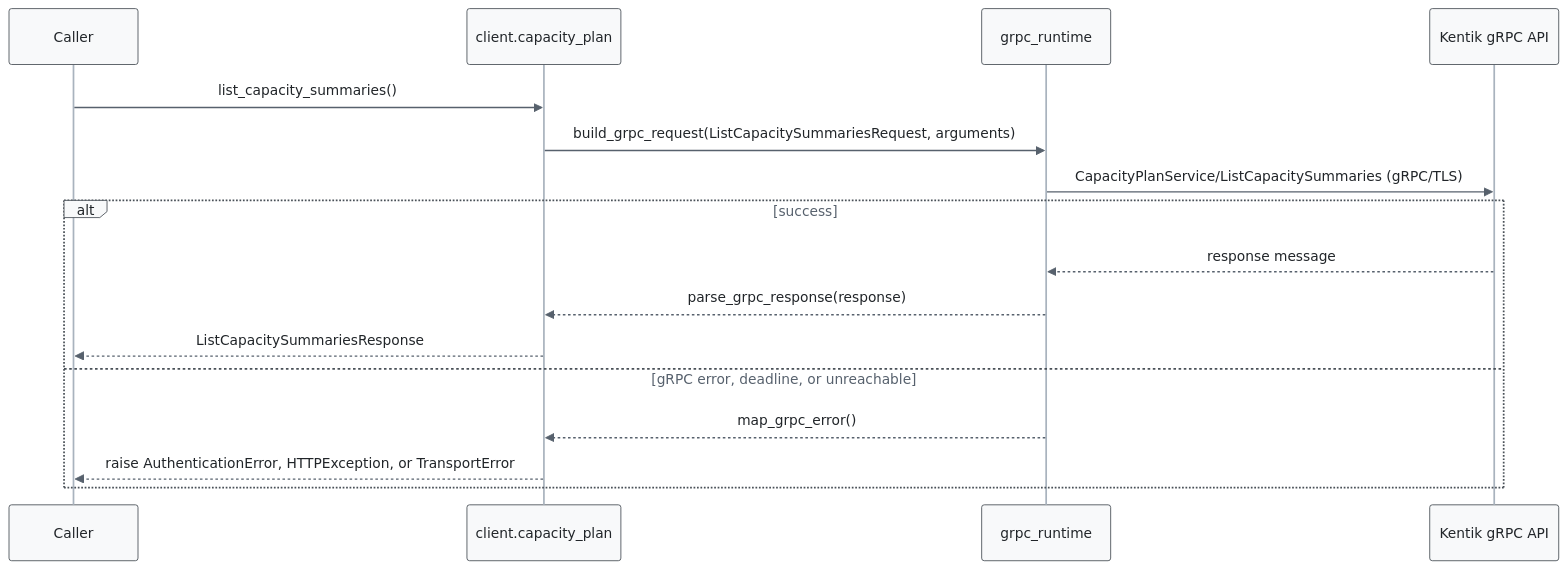
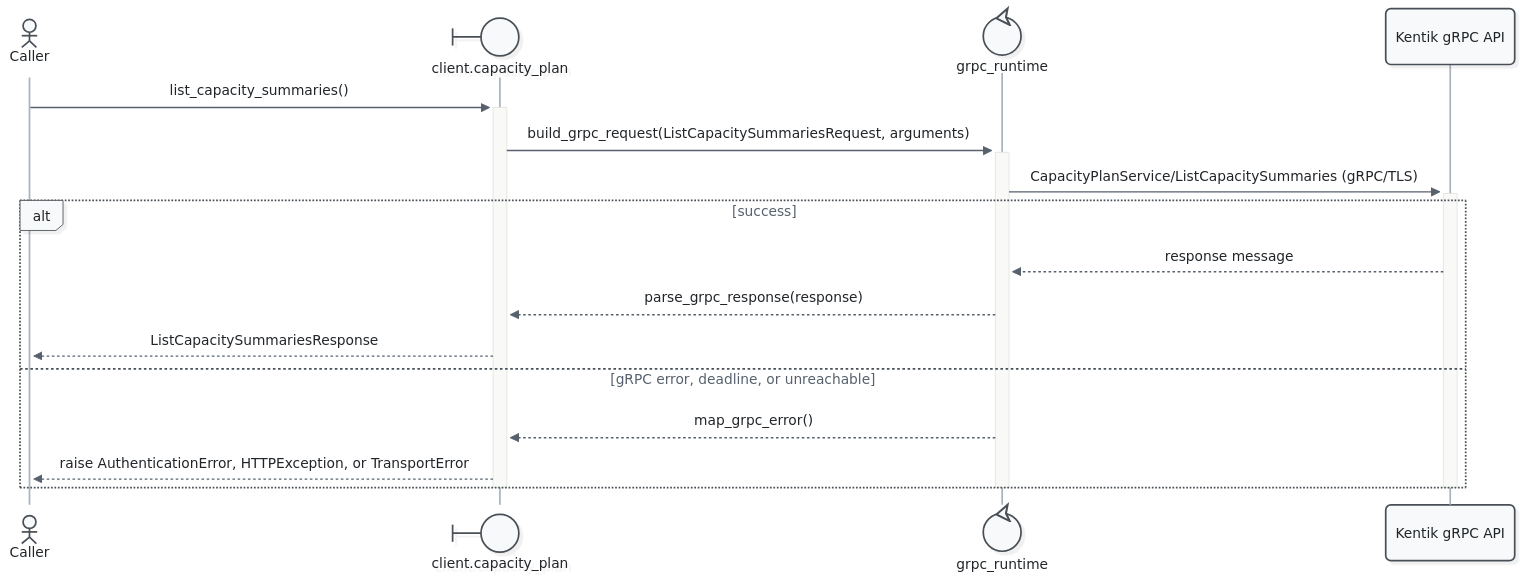
One commit to alexdearaujo/community_sdk_python changed the fourth of 9 diagrams in docs/sphinx/services/capacity_plan.md. Above: the diagram before and after it, drawn with Mermaid. The commit also changed other lines of this file and 52 other files, not shown here.

First line of the commit message:
docs: Mermaid 12 sequence diagrams with participant types and path colors

````diff
--- a/docs/sphinx/services/capacity_plan.md
+++ b/docs/sphinx/services/capacity_plan.md
@@ -125,20 +132,23 @@
 ```mermaid
-%%{init: {"theme": "base", "fontFamily": "ui-monospace, SFMono-Regular, Menlo, monospace", "themeVariables": {"fontFamily": "ui-monospace, SFMono-Regular, Menlo, monospace", "primaryColor": "#f8f9fa", "primaryBorderColor": "#495057", "primaryTextColor": "#212529", "textColor": "#212529", "lineColor": "#77818c", "edgeLabelBackground": "#ffffff", "actorBkg": "#f8f9fa", "actorBorder": "#495057", "actorTextColor": "#212529", "actorLineColor": "#a9b3be", "signalColor": "#57616d", "signalTextColor": "#212529", "labelBoxBkgColor": "#f8f9fa", "labelBoxBorderColor": "#495057", "labelTextColor": "#212529", "loopTextColor": "#57616d", "noteBkgColor": "#fff9db", "noteBorderColor": "#f08c00", "noteTextColor": "#a35a00"}, "flowchart": {"curve": "step", "nodeSpacing": 30, "rankSpacing": 70, "wrappingWidth": 400}}}%%
+%%{init: {"theme": "redux", "look": "neo", "layout": "dagre", "fontFamily": "ui-monospace, SFMono-Regular, Menlo, monospace", "themeVariables": {"fontFamily": "ui-monospace, SFMono-Regular, Menlo, monospace", "primaryColor": "#f8f9fa", "primaryBorderColor": "#495057", "primaryTextColor": "#212529", "textColor": "#212529", "lineColor": "#77818c", "edgeLabelBackground": "#ffffff", "actorBkg": "#f8f9fa", "actorBorder": "#495057", "actorTextColor": "#212529", "actorLineColor": "#a9b3be", "signalColor": "#57616d", "signalTextColor": "#212529", "labelBoxBkgColor": "#f8f9fa", "labelBoxBorderColor": "#495057", "labelTextColor": "#212529", "loopTextColor": "#57616d", "noteBkgColor": "#fff9db", "noteBorderColor": "#f08c00", "noteTextColor": "#a35a00"}, "sequence": {"activationWidth": 16}, "flowchart": {"curve": "step", "nodeSpacing": 30, "rankSpacing": 70, "wrappingWidth": 400}}}%%
 sequenceDiagram
-    participant C as Caller
-    participant W as client.capacity_plan
-    participant R as grpc_runtime
+    actor C as Caller
+    participant W@{ "type": "boundary" } as client.capacity_plan
+    participant R@{ "type": "control" } as grpc_runtime
     participant API as Kentik gRPC API
 
-    C->>W: list_capacity_summaries()
-    W->>R: build_grpc_request(ListCapacitySummariesRequest, arguments)
-    R->>API: CapacityPlanService/ListCapacitySummaries (gRPC/TLS)
+    C->>+W: list_capacity_summaries()
+    W->>+R: build_grpc_request(ListCapacitySummariesRequest, arguments)
+    R->>+API: CapacityPlanService/ListCapacitySummaries (gRPC/TLS)
     alt success
         API-->>R: response message
         R-->>W: parse_grpc_response(response)
         W-->>C: ListCapacitySummariesResponse
     else gRPC error, deadline, or unreachable
         R-->>W: map_grpc_error()
         W-->>C: raise AuthenticationError, HTTPException, or TransportError
     end
+    deactivate API
+    deactivate R
+    deactivate W
 ```
````
